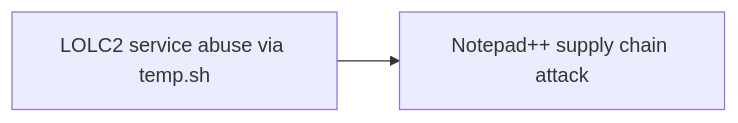
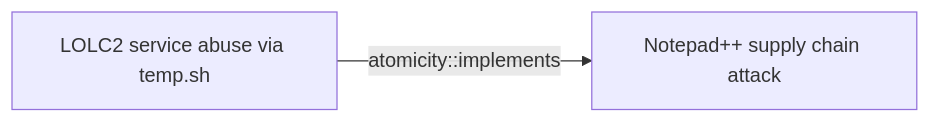
The first of 2 diagrams in docs/threats/lolc2-service-abuse-via-temp-sh.md (opentidehq/library), drawn with Mermaid before and after one commit. The commit also changed other lines of this file and 277 other files, not shown here.

````diff
--- a/docs/threats/lolc2-service-abuse-via-temp-sh.md
+++ b/docs/threats/lolc2-service-abuse-via-temp-sh.md
@@ -295,6 +330,6 @@
 ```mermaid
 flowchart LR
 bf30d882_9b96_403a_9a47_83a2981fc526["LOLC2 service abuse via temp.sh"]
 8b7cae6f_b6cf_4414_9cdc_fe8c8ee7ee22["Notepad++ supply chain attack"]
-bf30d882_9b96_403a_9a47_83a2981fc526 --> 8b7cae6f_b6cf_4414_9cdc_fe8c8ee7ee22
+bf30d882_9b96_403a_9a47_83a2981fc526 -->|atomicity::implements| 8b7cae6f_b6cf_4414_9cdc_fe8c8ee7ee22
 ```
````
